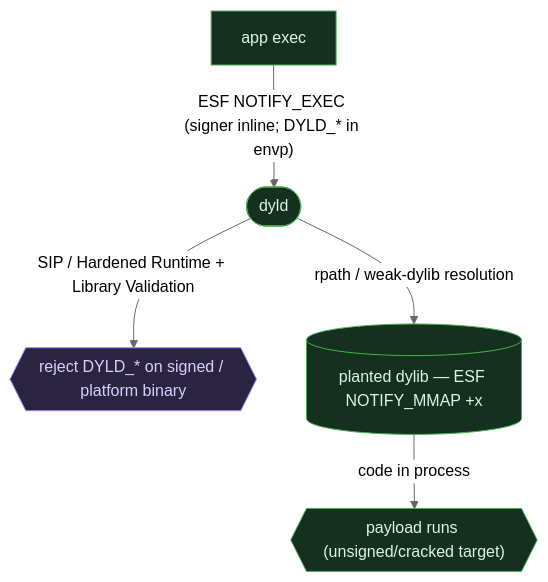
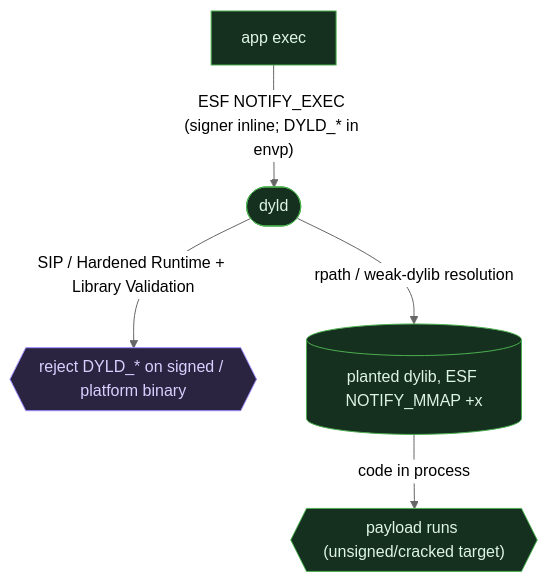
One commit to iimp0ster/os-internals-de-guide changed the fourth of 4 diagrams in src/execution/02-native-exec-loader.md. Above: the diagram before and after it, drawn with Mermaid (neutral theme). The commit also changed other lines of this file and 53 other files, not shown here.

````diff
--- a/src/execution/02-native-exec-loader.md
+++ b/src/execution/02-native-exec-loader.md
@@ -138,9 +130,9 @@
 ```mermaid
 flowchart TB
     P["app exec"]:::seen -->|"ESF NOTIFY_EXEC (signer inline; DYLD_* in envp)"| D(["dyld"]):::seen
     D -->|"SIP / Hardened Runtime + Library Validation"| G{{"reject DYLD_* on signed / platform binary"}}:::diverge
-    D -->|"rpath / weak-dylib resolution"| LIB[("planted dylib — ESF NOTIFY_MMAP +x")]:::seen
+    D -->|"rpath / weak-dylib resolution"| LIB[("planted dylib, ESF NOTIFY_MMAP +x")]:::seen
     LIB -->|"code in process"| C{{"payload runs (unsigned/cracked target)"}}:::seen
     classDef seen fill:#15301f,stroke:#4caf50,color:#dff5e4;
     classDef diverge fill:#2a2440,stroke:#9b8cff,color:#d8d0ff;
 ```
````
